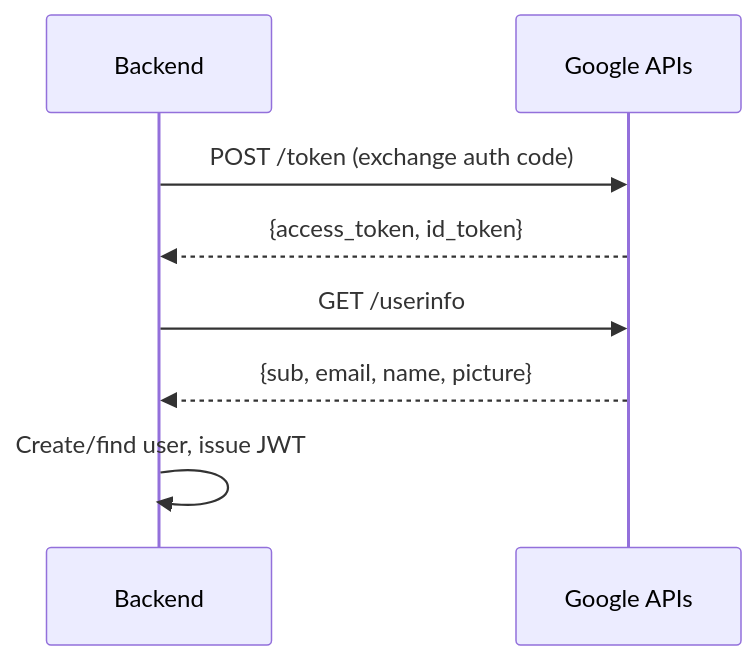
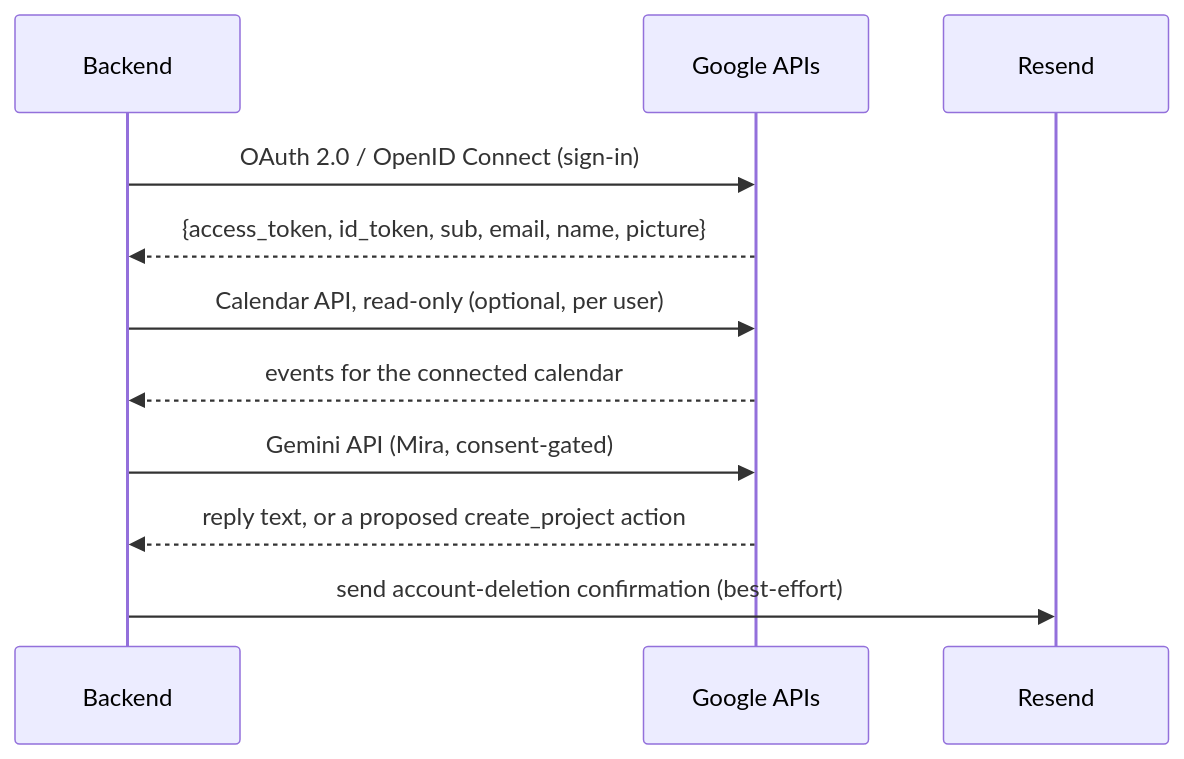
The second of 2 diagrams in docs/architecture/backend.md (IcedMallard4334/Chronicles-Logbook), drawn with Mermaid before and after one commit. The commit also changed other lines of this file and 11 other files, not shown here.

````diff
--- a/docs/architecture/backend.md
+++ b/docs/architecture/backend.md
@@ -125,11 +135,14 @@
 ```mermaid
 sequenceDiagram
     participant BE as Backend
     participant G as Google APIs
+    participant R as Resend
 
-    BE->>G: POST /token (exchange auth code)
-    G-->>BE: {access_token, id_token}
-    BE->>G: GET /userinfo
-    G-->>BE: {sub, email, name, picture}
-    BE->>BE: Create/find user, issue JWT
+    BE->>G: OAuth 2.0 / OpenID Connect (sign-in)
+    G-->>BE: {access_token, id_token, sub, email, name, picture}
+    BE->>G: Calendar API, read-only (optional, per user)
+    G-->>BE: events for the connected calendar
+    BE->>G: Gemini API (Mira, consent-gated)
+    G-->>BE: reply text, or a proposed create_project action
+    BE->>R: send account-deletion confirmation (best-effort)
 ```
````
